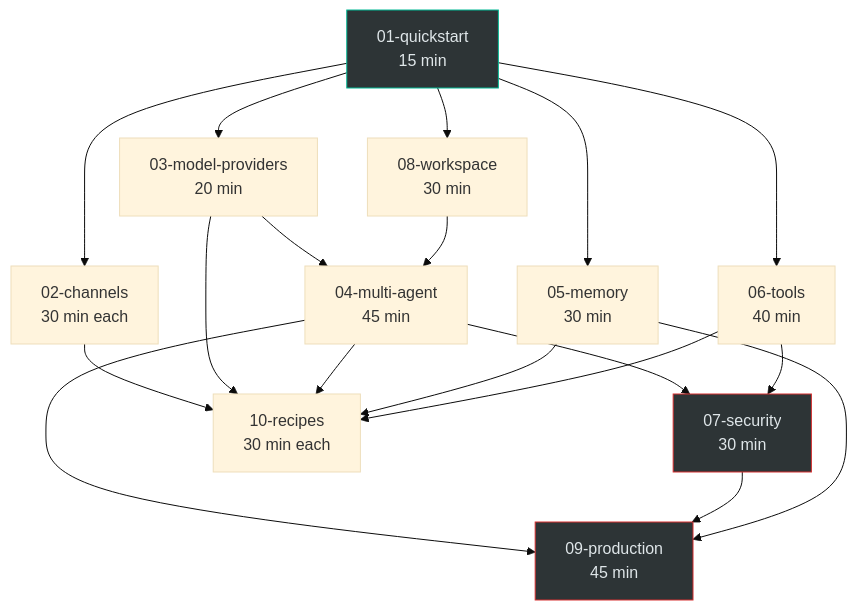
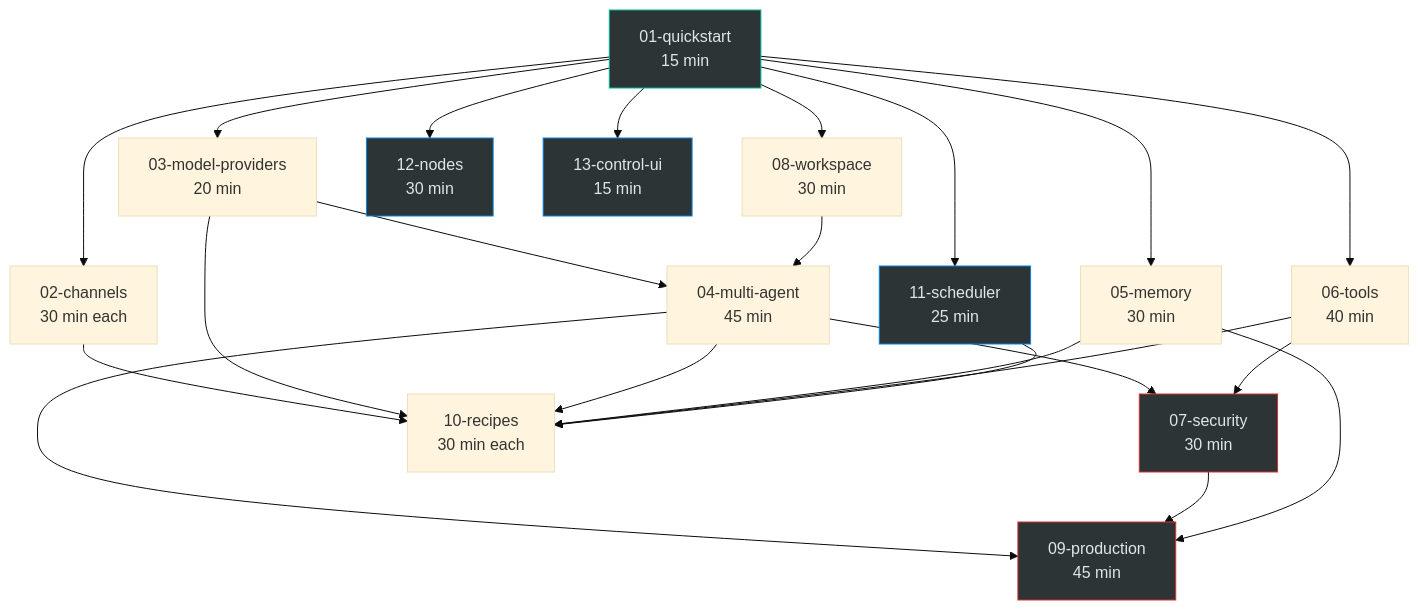
Before and after one commit to win4r/openclaw-cookbook: the diagram in LEARNING-ROADMAP.md, drawn with Mermaid (base theme). The commit also changed other lines of this file and 11 other files, not shown here.

First line of the commit message:
Add scheduler, nodes, control-ui modules and complete all recipes

````diff
--- a/LEARNING-ROADMAP.md
+++ b/LEARNING-ROADMAP.md
@@ -93,40 +97,50 @@
 ```mermaid
 graph TD
     M01["01-quickstart<br/>15 min"]
     M02["02-channels<br/>30 min each"]
     M03["03-model-providers<br/>20 min"]
     M04["04-multi-agent<br/>45 min"]
     M05["05-memory<br/>30 min"]
     M06["06-tools<br/>40 min"]
     M07["07-security<br/>30 min"]
     M08["08-workspace<br/>30 min"]
     M09["09-production<br/>45 min"]
     M10["10-recipes<br/>30 min each"]
+    M11["11-scheduler<br/>25 min"]
+    M12["12-nodes<br/>30 min"]
+    M13["13-control-ui<br/>15 min"]
 
     M01 --> M02
     M01 --> M03
     M01 --> M08
+    M01 --> M11
+    M01 --> M12
+    M01 --> M13
 
     M03 --> M04
     M08 --> M04
 
     M01 --> M05
     M01 --> M06
 
     M04 --> M07
     M06 --> M07
 
     M04 --> M09
     M07 --> M09
     M05 --> M09
 
     M02 --> M10
     M03 --> M10
     M04 --> M10
     M05 --> M10
     M06 --> M10
+    M11 --> M10
 
     style M01 fill:#2d3436,stroke:#00b894,color:#dfe6e9
     style M07 fill:#2d3436,stroke:#d63031,color:#dfe6e9
     style M09 fill:#2d3436,stroke:#d63031,color:#dfe6e9
+    style M11 fill:#2d3436,stroke:#0984e3,color:#dfe6e9
+    style M12 fill:#2d3436,stroke:#0984e3,color:#dfe6e9
+    style M13 fill:#2d3436,stroke:#0984e3,color:#dfe6e9
 ```
````
